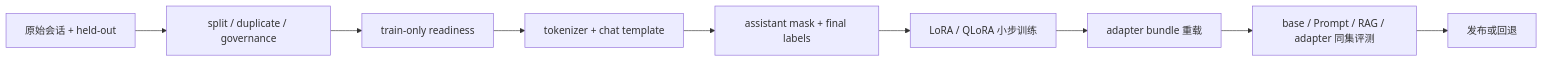
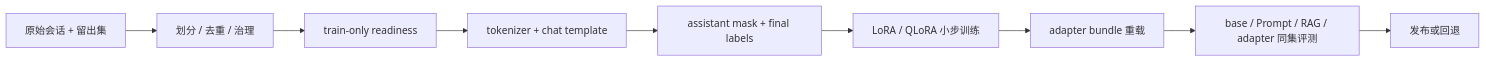
One commit to NightLemon/about-llm changed the diagram in docs/practice/projects/single-gpu-finetuning.md. Above: the diagram before and after it, drawn with Mermaid. The commit also changed other lines of this file and 74 other files, not shown here.

````diff
--- a/docs/practice/projects/single-gpu-finetuning.md
+++ b/docs/practice/projects/single-gpu-finetuning.md
@@ -28,11 +28,11 @@
 ```mermaid
 flowchart LR
-  A["原始会话 + held-out"] --> B["split / duplicate / governance"]
+  A["原始会话 + 留出集"] --> B["划分 / 去重 / 治理"]
   B --> C["train-only readiness"]
   C --> D["tokenizer + chat template"]
   D --> E["assistant mask + final labels"]
   E --> F["LoRA / QLoRA 小步训练"]
   F --> G["adapter bundle 重载"]
   G --> H["base / Prompt / RAG / adapter 同集评测"]
   H --> I["发布或回退"]
 ```
````
